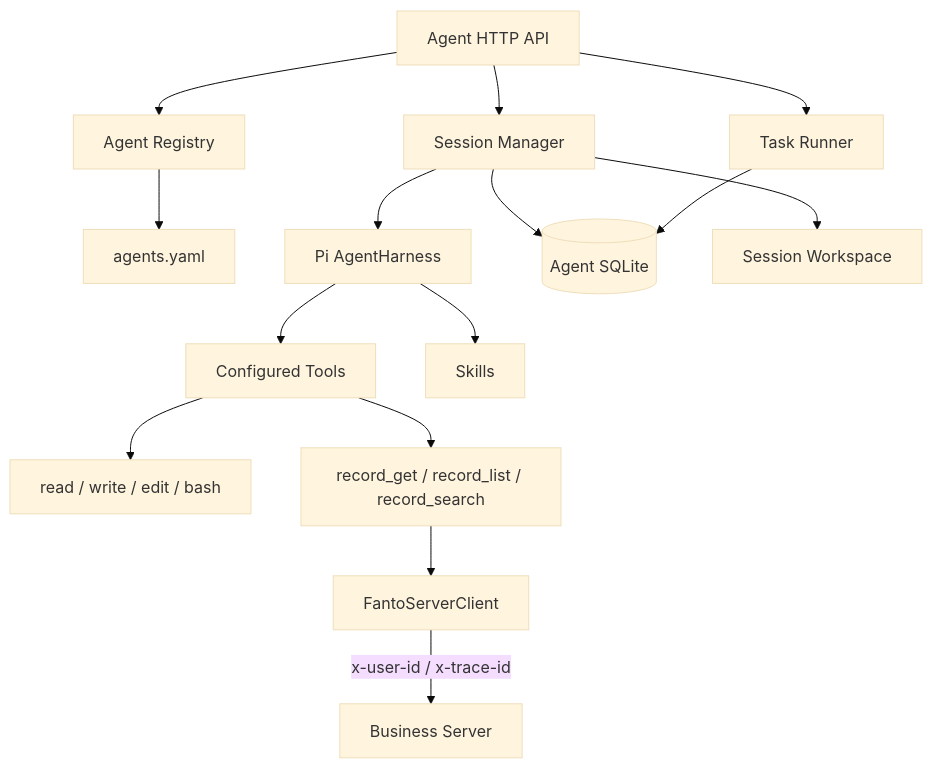
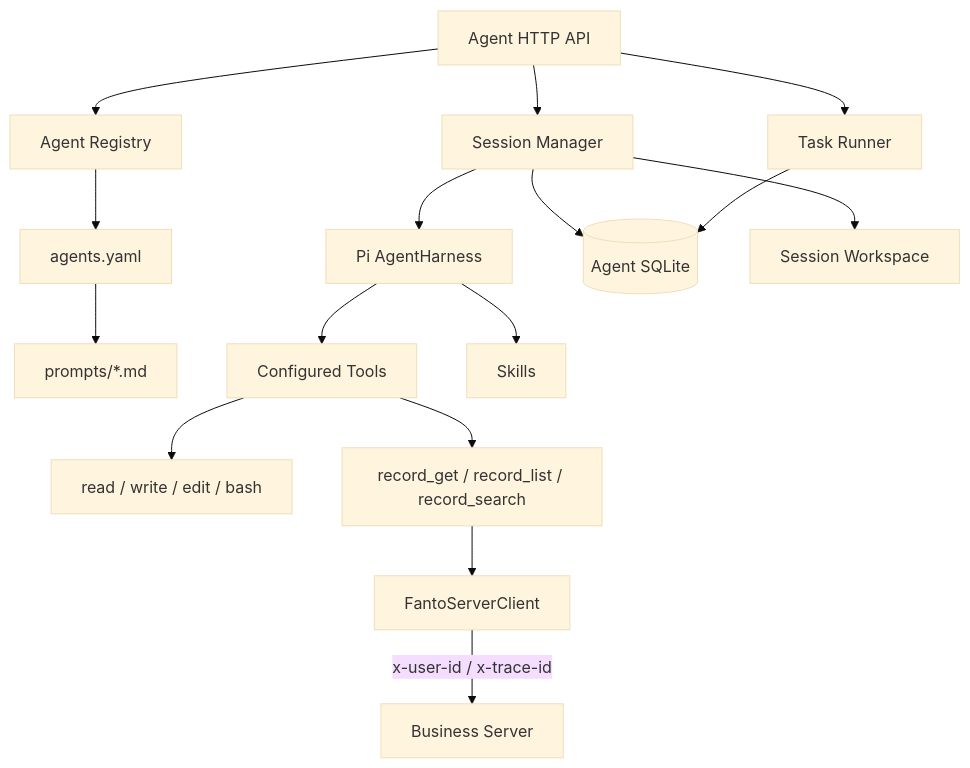
The diagram in docs/architecture/agent-runtime.md (huiru-wang/fanto), drawn with Mermaid (base theme) before and after one commit. The commit also changed other lines of this file and 31 other files, not shown here.

````diff
--- a/docs/architecture/agent-runtime.md
+++ b/docs/architecture/agent-runtime.md
@@ -7,17 +7,18 @@
 ```mermaid
 flowchart TD
   HTTP[Agent HTTP API] --> REG[Agent Registry]
   HTTP --> SM[Session Manager]
   HTTP --> TR[Task Runner]
   REG --> YAML[agents.yaml]
+  YAML --> PROMPTS[prompts/*.md]
   SM --> PI[Pi AgentHarness]
   PI --> TOOLS[Configured Tools]
   TOOLS --> BUILTIN[read / write / edit / bash]
   TOOLS --> RECORD[record_get / record_list / record_search]
   RECORD --> FSC[FantoServerClient]
   FSC -->|x-user-id / x-trace-id| SERVER[Business Server]
   PI --> SKILLS[Skills]
   SM --> DB[(Agent SQLite)]
   TR --> DB
   SM --> WS[Session Workspace]
 ```
````
